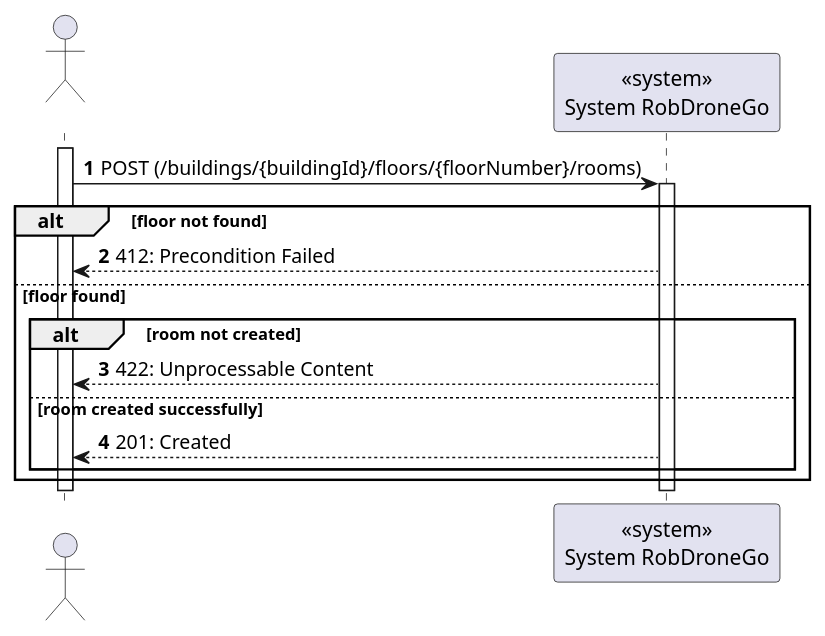
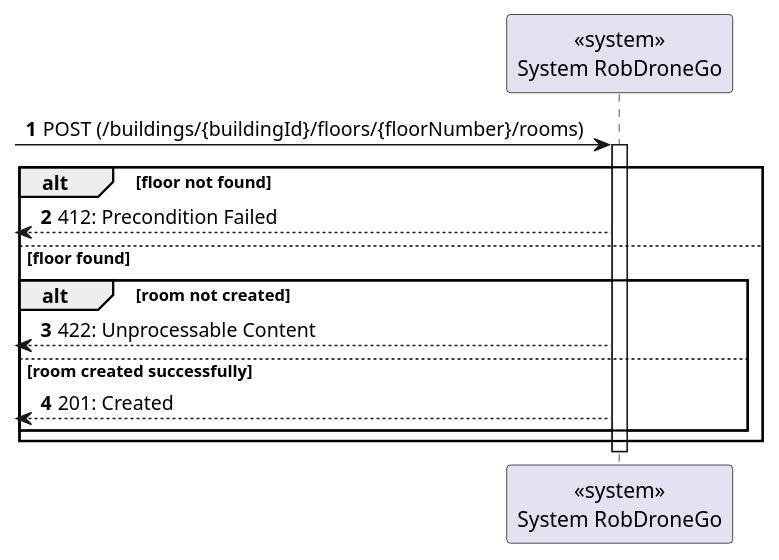
Before and after one commit to Departamento-de-Engenharia-Informatica/lapr5-23-24-g19: the diagram in docs/us310/level1/process_view.puml, drawn with PlantUML. The commit also changed 5 other files, not shown here.

```diff
--- a/docs/us310/level1/process_view.puml
+++ b/docs/us310/level1/process_view.puml
@@ -1,24 +1,23 @@
 @startuml
 autonumber
 
-actor " " as actor
+
 participant "<<system>>\nSystem RobDroneGo" as sys
 
-activate actor
-    actor -> sys: POST (/buildings/{buildingId}/floors/{floorNumber}/rooms)
+
+    [-> sys: POST (/buildings/{buildingId}/floors/{floorNumber}/rooms)
     activate sys
 
     alt floor not found
-        sys --> actor : 412: Precondition Failed
+        [<-- sys : 412: Precondition Failed
     else floor found
     alt room not created
-        sys --> actor : 422: Unprocessable Content
+        [<-- sys : 422: Unprocessable Content
     else room created successfully
-        sys --> actor : 201: Created
+        [<-- sys : 201: Created
         end
     end
 
     deactivate sys
-deactivate actor
 
 @enduml
```
